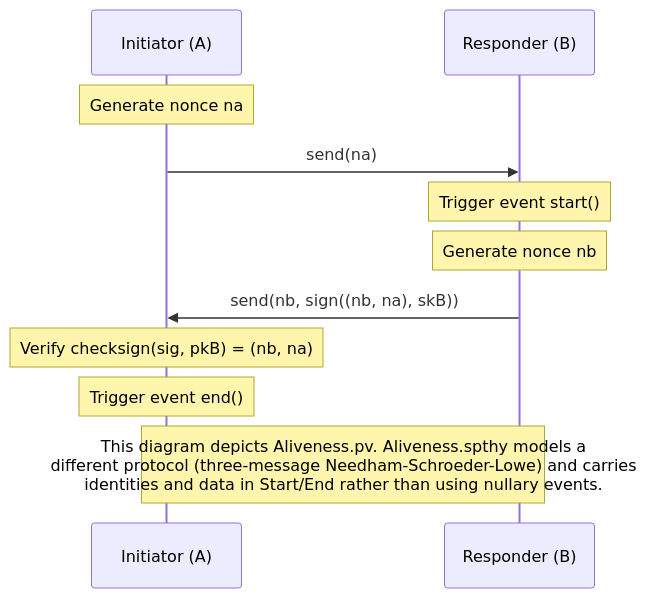
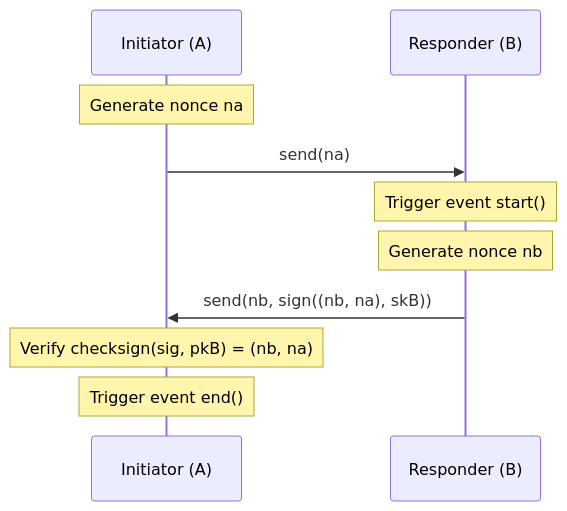
Before and after one commit to leonardtudorache/An-Executable-Taxonomy-of-Security-Properties-for-ProVerif-and-Tamarin: the diagram in SecurityProperties/Authentication/Aliveness/Aliveness.md, drawn with Mermaid. The commit also changed 13 other files, not shown here.

Commit message:
Update visualizations and check diagrams

````diff
--- a/SecurityProperties/Authentication/Aliveness/Aliveness.md
+++ b/SecurityProperties/Authentication/Aliveness/Aliveness.md
@@ -1,17 +1,15 @@
 ```mermaid
 sequenceDiagram
     participant A as Initiator (A)
     participant B as Responder (B)
 
     Note over A: Generate nonce na
     A->>B: send(na)
 
     Note over B: Trigger event start()
     Note over B: Generate nonce nb
     B->>A: send(nb, sign((nb, na), skB))
 
     Note over A: Verify checksign(sig, pkB) = (nb, na)
     Note over A: Trigger event end()
-
-    Note over A, B: This diagram depicts Aliveness.pv. Aliveness.spthy models a<br/>different protocol (three-message Needham-Schroeder-Lowe) and carries<br/>identities and data in Start/End rather than using nullary events.
 ```
````
